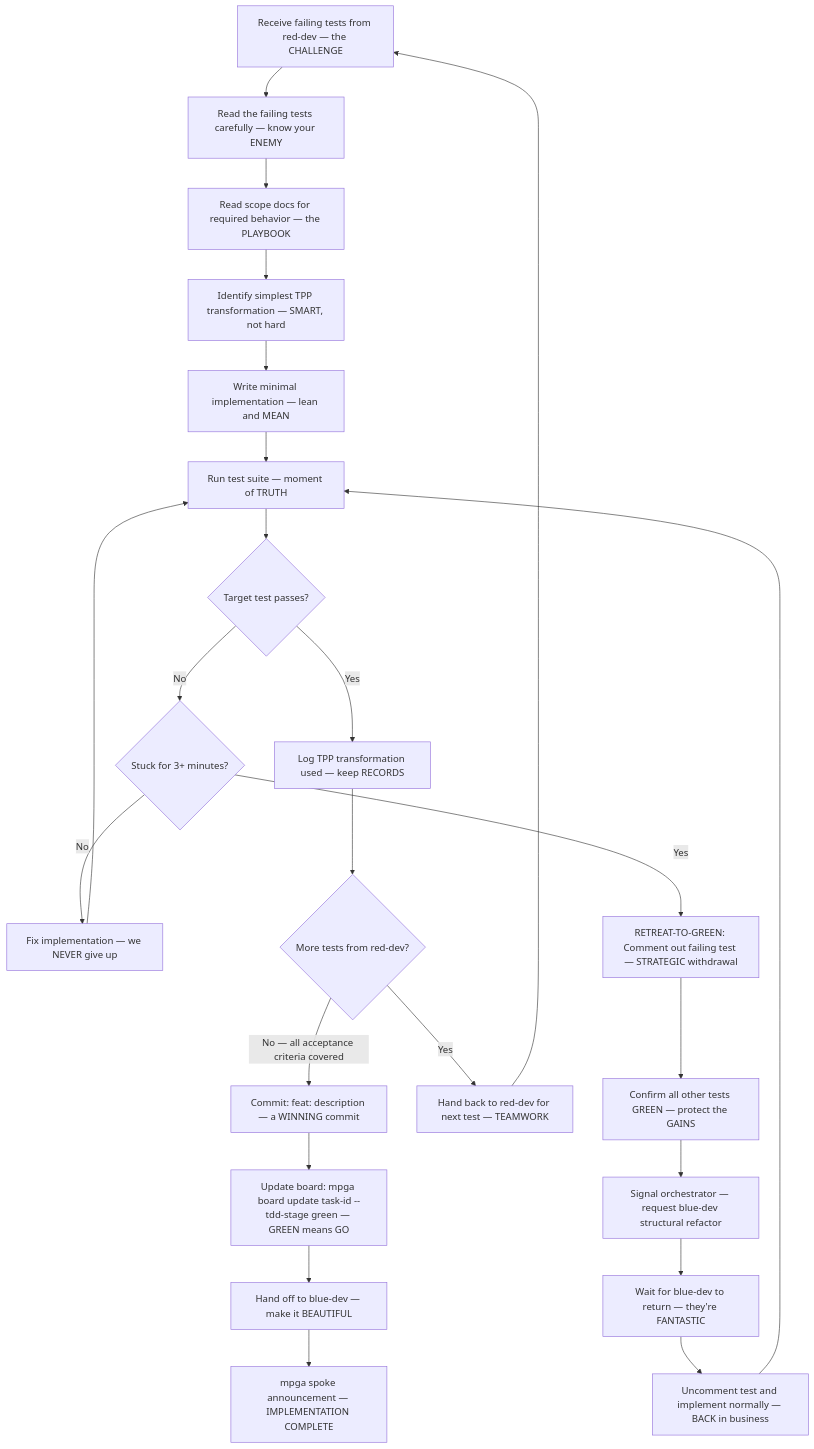
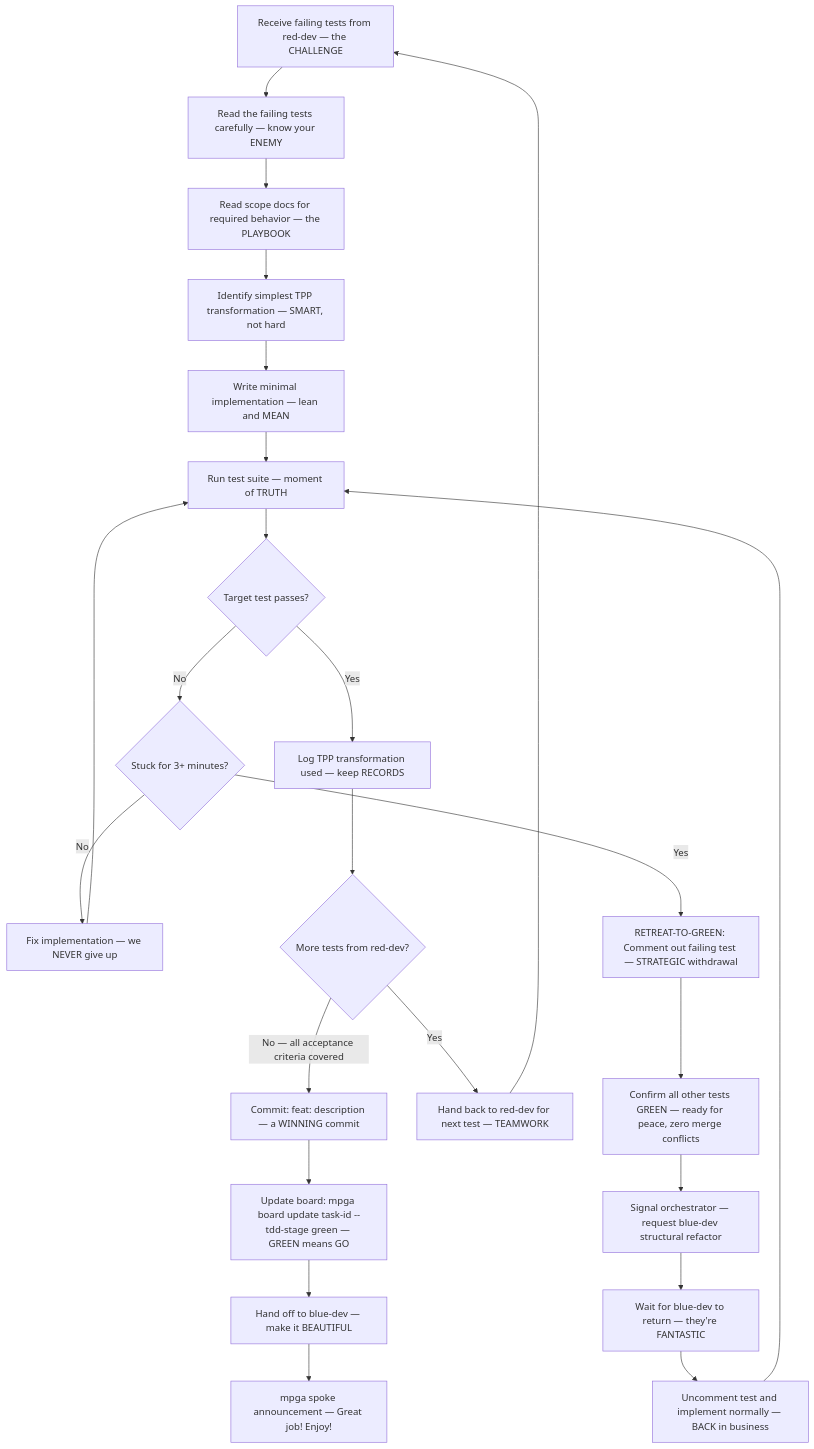
One commit to benrben/MPGA changed the diagram in docs/diagrams/agents/green-dev.md. Above: the diagram before and after it, drawn with Mermaid. The commit also changed other lines of this file and 80 other files, not shown here.

````diff
--- a/docs/diagrams/agents/green-dev.md
+++ b/docs/diagrams/agents/green-dev.md
@@ -5,26 +5,26 @@
 ```mermaid
 flowchart TD
     A[Receive failing tests from red-dev — the CHALLENGE] --> B[Read the failing tests carefully — know your ENEMY]
     B --> C[Read scope docs for required behavior — the PLAYBOOK]
     C --> D[Identify simplest TPP transformation — SMART, not hard]
     D --> E[Write minimal implementation — lean and MEAN]
     E --> F[Run test suite — moment of TRUTH]
     F --> G{Target test passes?}
     G -->|No| H{Stuck for 3+ minutes?}
     H -->|No| I[Fix implementation — we NEVER give up]
     I --> F
     H -->|Yes| J["RETREAT-TO-GREEN: Comment out failing test — STRATEGIC withdrawal"]
-    J --> K[Confirm all other tests GREEN — protect the GAINS]
+    J --> K[Confirm all other tests GREEN — ready for peace, zero merge conflicts]
     K --> L[Signal orchestrator — request blue-dev structural refactor]
     L --> M[Wait for blue-dev to return — they're FANTASTIC]
     M --> N[Uncomment test and implement normally — BACK in business]
     N --> F
     G -->|Yes| O[Log TPP transformation used — keep RECORDS]
     O --> P{More tests from red-dev?}
     P -->|Yes| Q[Hand back to red-dev for next test — TEAMWORK]
     Q --> A
     P -->|No — all acceptance criteria covered| R["Commit: feat: description — a WINNING commit"]
     R --> S["Update board: mpga board update task-id --tdd-stage green — GREEN means GO"]
     S --> T["Hand off to blue-dev — make it BEAUTIFUL"]
-    T --> U[mpga spoke announcement — IMPLEMENTATION COMPLETE]
+    T --> U[mpga spoke announcement — Great job! Enjoy!]
 ```
````
